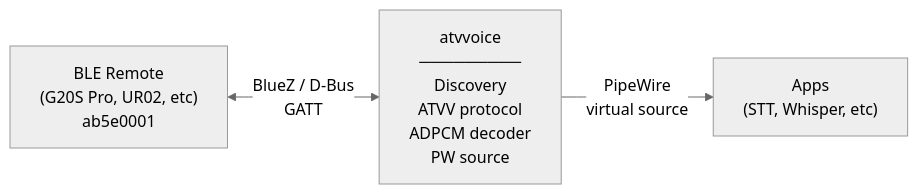
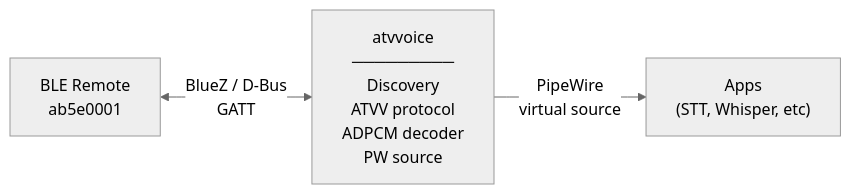
One commit to b0o/atvvoice changed the second of 3 diagrams in docs/specs/2026-03-23-atvvoice-design.md. Above: the diagram before and after it, drawn with Mermaid (neutral theme). The commit also changed other lines of this file and 9 other files, not shown here.

````diff
--- a/docs/specs/2026-03-23-atvvoice-design.md
+++ b/docs/specs/2026-03-23-atvvoice-design.md
@@ -106,9 +105,9 @@
 ```mermaid
 graph LR
-    Remote["BLE Remote<br/>(G20S Pro, UR02, etc)<br/>ab5e0001"]
+    Remote["BLE Remote<br/>ab5e0001"]
     Daemon["atvvoice<br/>─────────<br/>Discovery<br/>ATVV protocol<br/>ADPCM decoder<br/>PW source"]
     Apps["Apps<br/>(STT, Whisper, etc)"]
 
     Remote <-->|"BlueZ / D-Bus<br/>GATT"| Daemon
     Daemon -->|"PipeWire<br/>virtual source"| Apps
 ```
````
